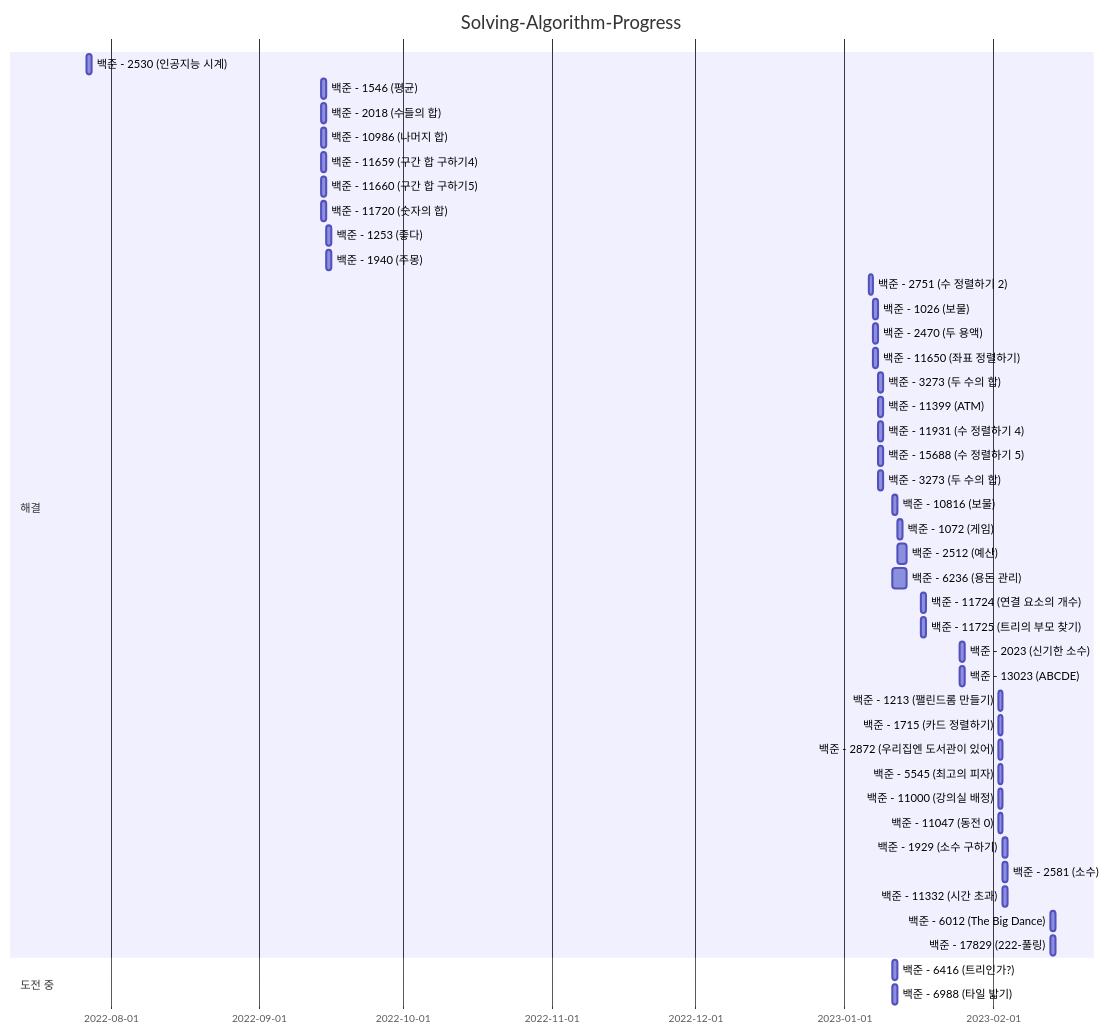
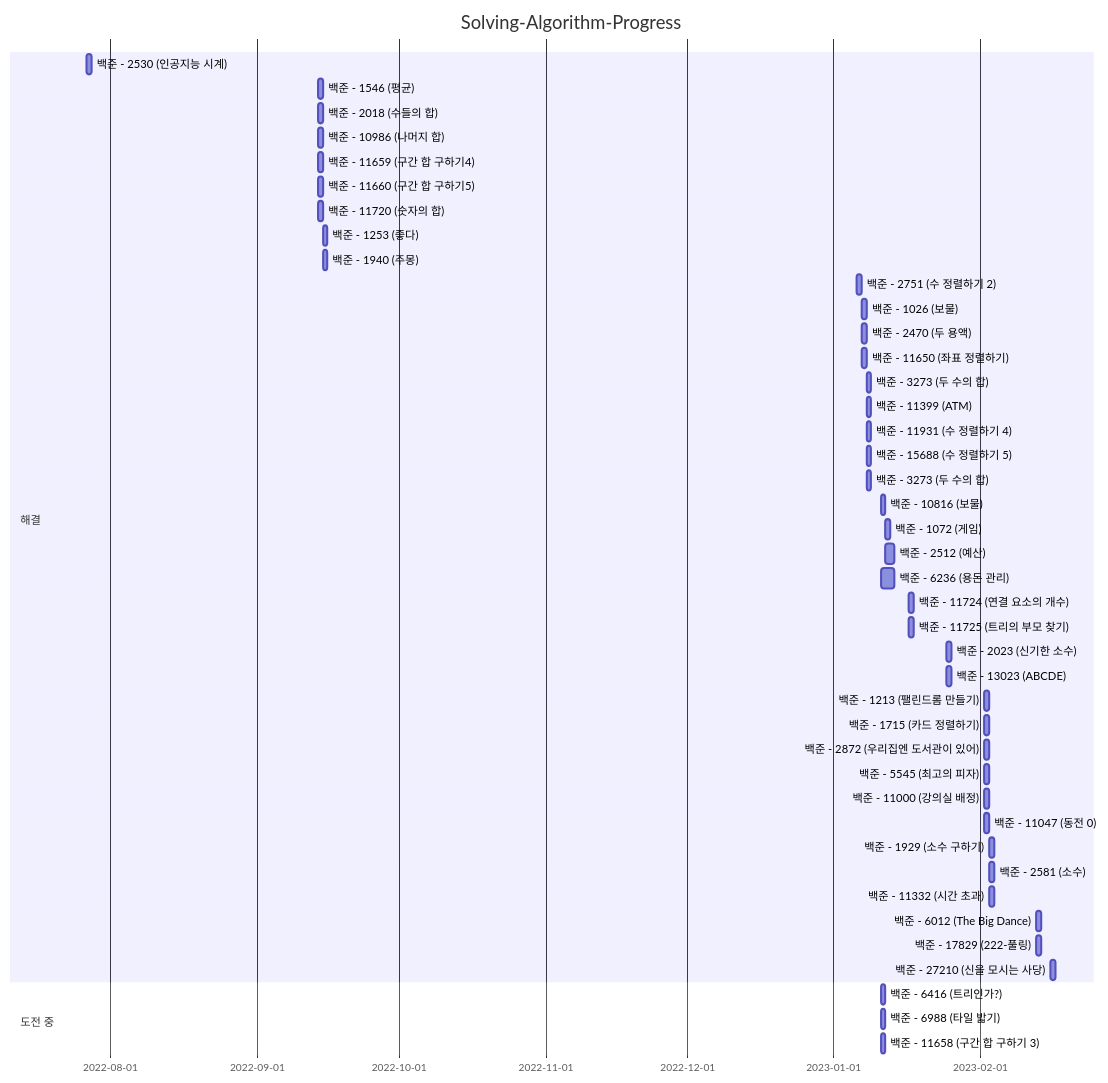
One commit to darkblose/BaekjunJava changed the diagram in README.md. Above: the diagram before and after it, drawn with Mermaid. The commit also changed other lines of this file and 17 other files, not shown here.

````diff
--- a/README.md
+++ b/README.md
@@ -52,48 +53,50 @@
 ```mermaid
 gantt
 dateFormat YYYY-MM-DD
 title Solving-Algorithm-Progress
 
     section 해결
     백준 - 2530 (인공지능 시계)       : chap1, 2022-07-27, 1d
     백준 - 1546 (평균)              : chap1, 2022-09-14, 1d
     백준 - 2018 (수들의 합)          : chap1, 2022-09-14, 1d
     백준 - 10986 (나머지 합)         : chap1, 2022-09-14, 1d
     백준 - 11659 (구간 합 구하기4)     : chap1, 2022-09-14, 1d
     백준 - 11660 (구간 합 구하기5)     : chap1, 2022-09-14, 1d
     백준 - 11720 (숫자의 합)         : chap1, 2022-09-14, 1d
     백준 - 1253 (좋다)              : chap1, 2022-09-15, 1d
     백준 - 1940 (주몽)              : chap1, 2022-09-15, 1d
     백준 - 2751 (수 정렬하기 2)       : chap2, 2023-01-06, 1d
     백준 - 1026 (보물)              : chap2, 2023-01-07, 1d
     백준 - 2470 (두 용액)            : chap2, 2023-01-07, 1d
     백준 - 11650 (좌표 정렬하기)       : chap2, 2023-01-07, 1d
     백준 - 3273 (두 수의 합)         : chap2, 2023-01-08, 1d
     백준 - 11399 (ATM)             : chap2, 2023-01-08, 1d
     백준 - 11931 (수 정렬하기 4)      : chap2, 2023-01-08, 1d
     백준 - 15688 (수 정렬하기 5)      : chap2, 2023-01-08, 1d
     백준 - 3273 (두 수의 합)         : chap2, 2023-01-08, 1d
     백준 - 10816 (보물)             : chap2, 2023-01-11, 1d
     백준 - 1072 (게임)              : chap3, 2023-01-12, 1d
     백준 - 2512 (예산)              : chap3, 2023-01-12, 2d
     백준 - 6236 (용돈 관리)          : chap3, 2023-01-11, 3d
     백준 - 11724 (연결 요소의 개수)    : chap4, 2023-01-17, 1d
     백준 - 11725 (트리의 부모 찾기)    : chap4, 2023-01-17, 1d
     백준 - 2023 (신기한 소수)         : chap5, 2023-01-25, 1d
     백준 - 13023 (ABCDE)           : chap5, 2023-01-25, 1d
     백준 - 1213 (팰린드롬 만들기)       : chap6, 2023-02-02, 1d
     백준 - 1715 (카드 정렬하기)        : chap6, 2023-02-02, 1d
     백준 - 2872 (우리집엔 도서관이 있어) : chap6, 2023-02-02, 1d
     백준 - 5545 (최고의 피자)         : chap6, 2023-02-02, 1d
     백준 - 11000 (강의실 배정)        : chap6, 2023-02-02, 1d
     백준 - 11047 (동전 0)           : chap6, 2023-02-02, 1d
     백준 - 1929 (소수 구하기)         : chap6, 2023-02-03, 1d
     백준 - 2581 (소수)              : chap6, 2023-02-03, 1d
     백준 - 11332 (시간 초과)         : chap6, 2023-02-03, 1d
     백준 - 6012 (The Big Dance)   : chap7, 2023-02-13, 1d
     백준 - 17829 (222-풀링)        : chap7, 2023-02-13, 1d
+    백준 - 27210 (신을 모시는 사당)   : chap8, 2023-02-16, 1d
     
     section 도전 중
-    백준 - 6416 (트리인가?)    : challenging, 2023-01-11, 1d
-    백준 - 6988 (타일 밟기)    : challenging, 2023-01-11, 1d
+    백준 - 6416 (트리인가?)           : challenging, 2023-01-11, 1d
+    백준 - 6988 (타일 밟기)           : challenging, 2023-01-11, 1d
+    백준 - 11658 (구간 합 구하기 3)    : challenging, 2023-01-11, 1d
 ```
````
